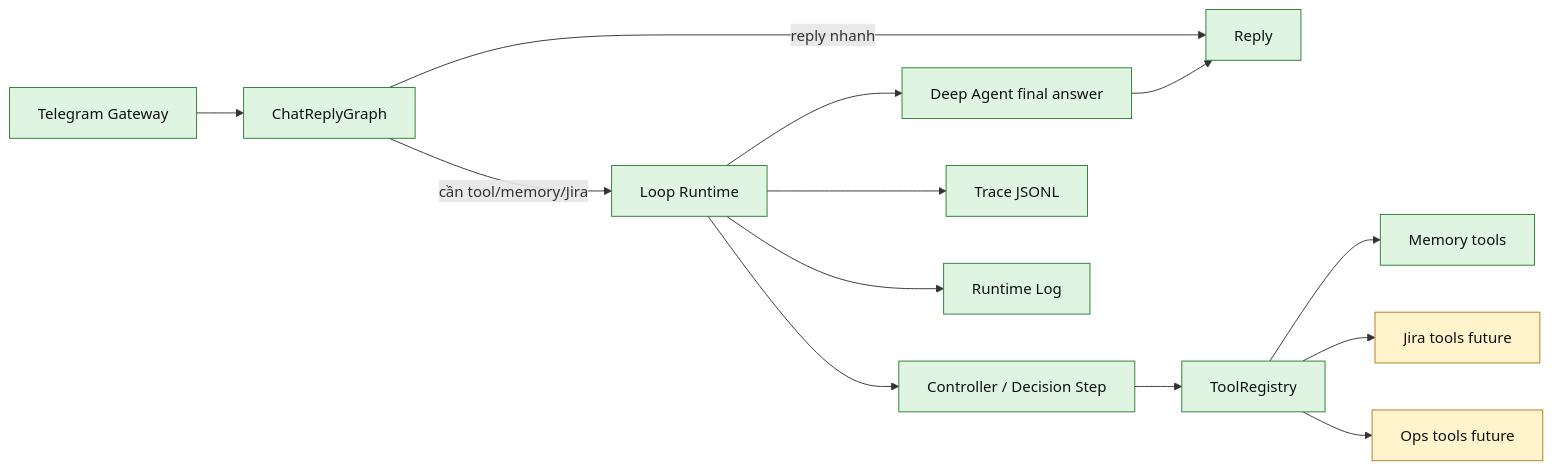
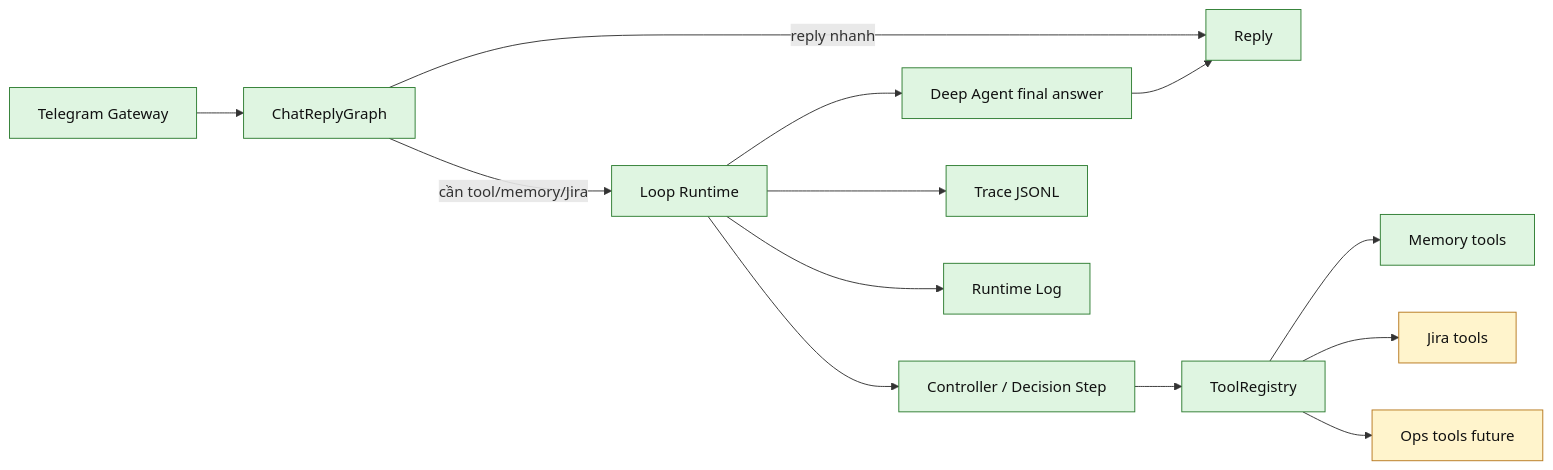
One commit to LuongAnh1/Niko_Agent changed the diagram in docs/loop/architecture.md. Above: the diagram before and after it, drawn with Mermaid. The commit also changed other lines of this file and 11 other files, not shown here.

Commit message:
docs: sync loop and Jira architecture notes

````diff
--- a/docs/loop/architecture.md
+++ b/docs/loop/architecture.md
@@ -37,22 +38,22 @@
 ```mermaid
 flowchart LR
     Gateway[Telegram Gateway] --> Graph[ChatReplyGraph]
     Graph -->|reply nhanh| Reply[Reply]
     Graph -->|cần tool/memory/Jira| Loop[Loop Runtime]
     Loop --> Controller[Controller / Decision Step]
     Controller --> Registry[ToolRegistry]
     Registry --> MemoryTools[Memory tools]
-    Registry --> JiraTools[Jira tools future]
+    Registry --> JiraTools[Jira tools]
     Registry --> OpsTools[Ops tools future]
     Loop --> Deep[Deep Agent final answer]
     Deep --> Reply
 
     Loop --> Trace[Trace JSONL]
     Loop --> RuntimeLog[Runtime Log]
 
     classDef done fill:#dff5e1,stroke:#2e7d32,color:#111;
     classDef planned fill:#fff4cc,stroke:#b7791f,color:#111;
 
     class Gateway,Graph,Reply,Deep,Trace,RuntimeLog,Loop,Controller,Registry,MemoryTools done;
     class JiraTools,OpsTools planned;
 ```
````
